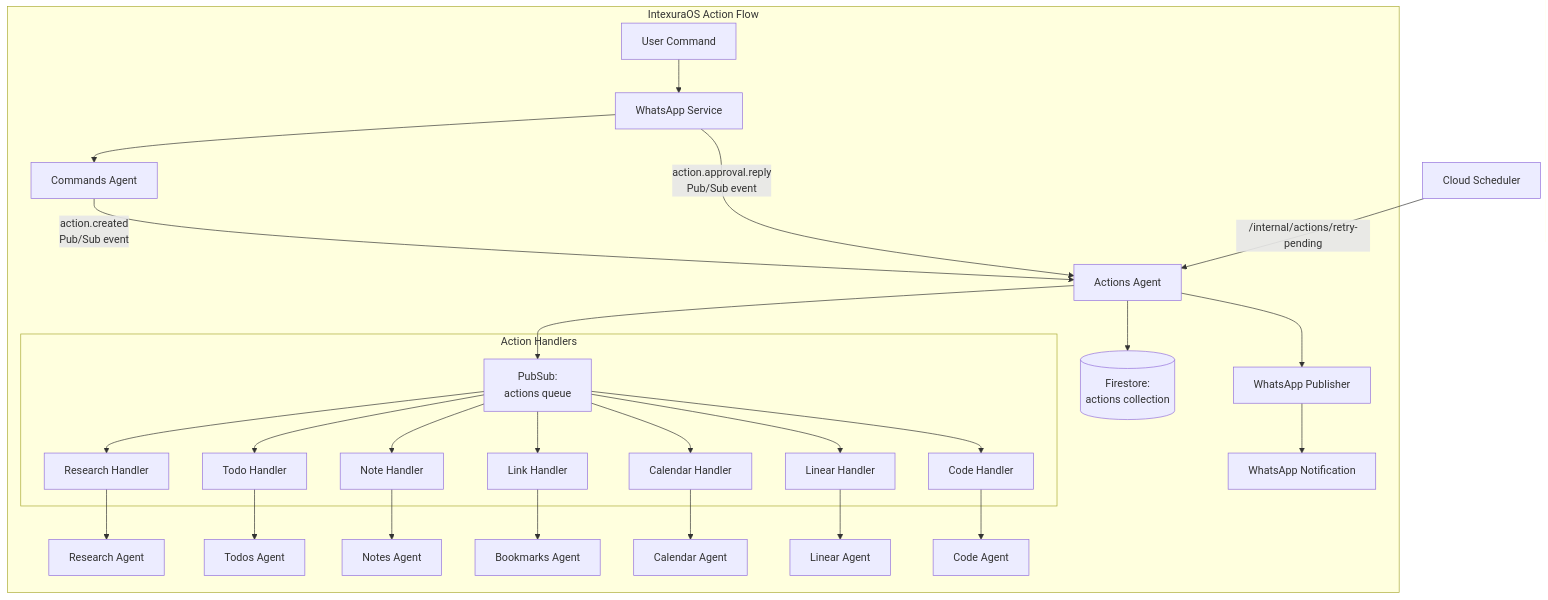
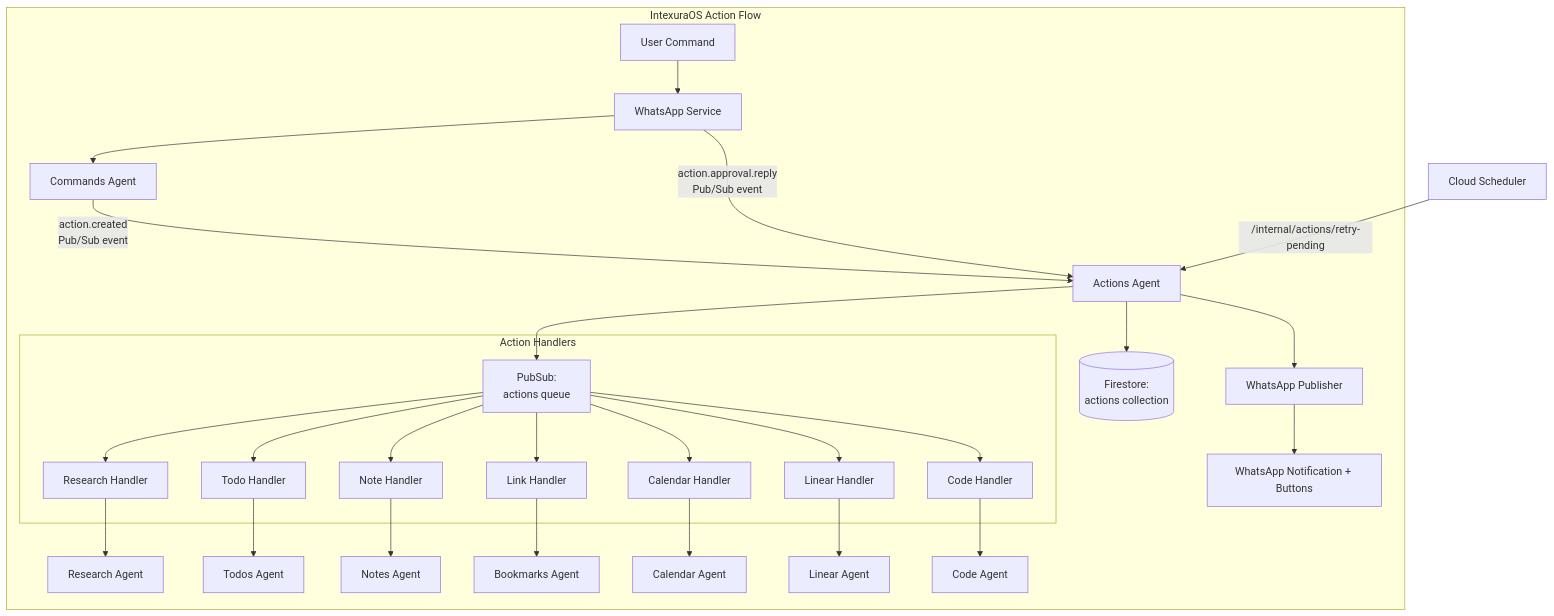
The first of 3 diagrams in docs/services/actions-agent/technical.md (pbuchman/intexuraos), drawn with Mermaid before and after one commit. The commit also changed other lines of this file and 147 other files, not shown here.

````diff
--- a/docs/services/actions-agent/technical.md
+++ b/docs/services/actions-agent/technical.md
@@ -15,36 +15,36 @@
 ```mermaid
 graph TB
     subgraph "IntexuraOS Action Flow"
         User[User Command] --> WA[WhatsApp Service]
         WA --> CA[Commands Agent]
         CA -->|"action.created<br/>Pub/Sub event"| AA[Actions Agent]
 
         AA --> Firestore[(Firestore:<br/>actions collection)]
         AA --> PubSub[PubSub:<br/>actions queue]
 
         subgraph "Action Handlers"
             PubSub --> RH[Research Handler]
             PubSub --> TH[Todo Handler]
             PubSub --> NH[Note Handler]
             PubSub --> LH[Link Handler]
             PubSub --> CH[Calendar Handler]
             PubSub --> LIH[Linear Handler]
             PubSub --> COH[Code Handler]
         end
 
         RH --> RA[Research Agent]
         TH --> TA[Todos Agent]
         NH --> NA[Notes Agent]
         LH --> BA[Bookmarks Agent]
         CH --> CAL[Calendar Agent]
         LIH --> LA[Linear Agent]
         COH --> COA[Code Agent]
 
         AA --> WAP[WhatsApp Publisher]
-        WAP --> WUser[WhatsApp Notification]
+        WAP --> WUser[WhatsApp Notification + Buttons]
 
         WA -->|"action.approval.reply<br/>Pub/Sub event"| AA
     end
 
     Scheduler[Cloud Scheduler] -->|"/internal/actions/retry-pending"| AA
 ```
````
